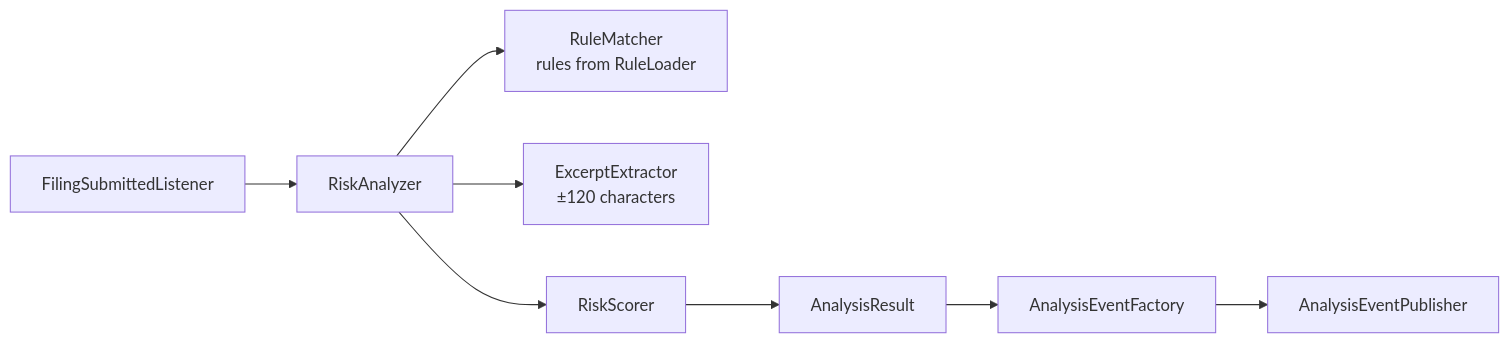
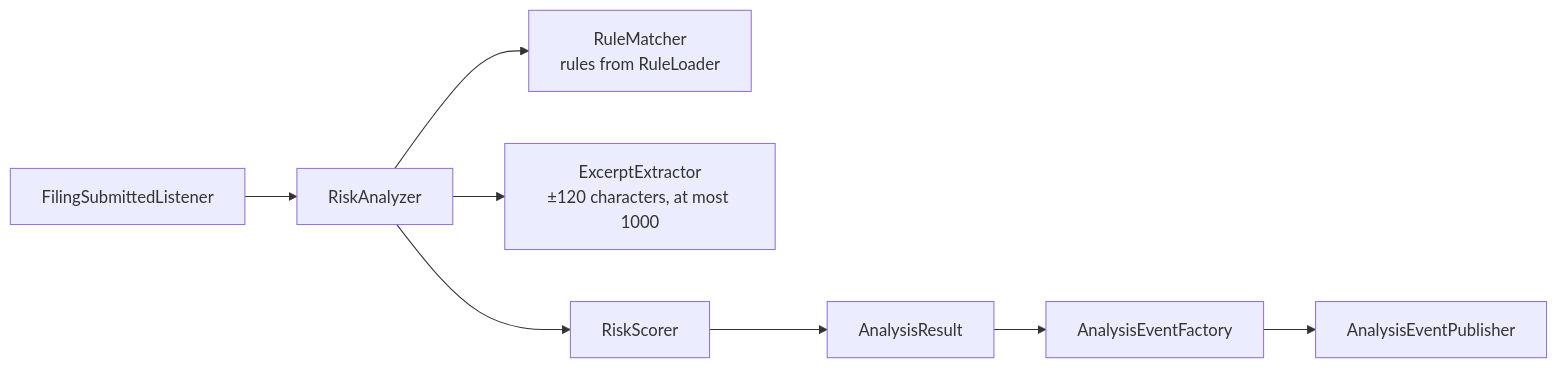
The eighth of 8 diagrams in docs/architecture.md (vladimirVuchkov/veritrade-risk-analysis), drawn with Mermaid before and after one commit. The commit also changed other lines of this file and 108 other files, not shown here.

````diff
--- a/docs/architecture.md
+++ b/docs/architecture.md
@@ -313,9 +342,9 @@
 ```mermaid
 flowchart LR
     L["FilingSubmittedListener"] --> RA["RiskAnalyzer"]
     RA --> RM["RuleMatcher<br/>rules from RuleLoader"]
-    RA --> EX["ExcerptExtractor<br/>±120 characters"]
+    RA --> EX["ExcerptExtractor<br/>±120 characters, at most 1000"]
     RA --> SC["RiskScorer"]
     SC --> RES["AnalysisResult"]
     RES --> F["AnalysisEventFactory"] --> P["AnalysisEventPublisher"]
 ```
````
